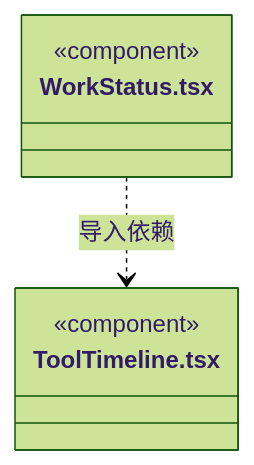
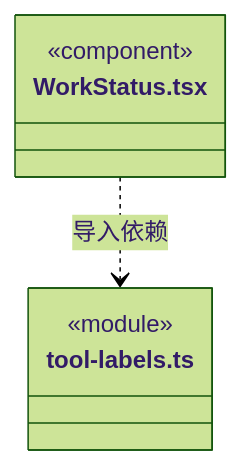
Before and after one commit to nan023062/cbim: diagram 23 of 23 in src/view/execution-view/ARCHITECTURE.md, drawn with Mermaid (forest theme). The commit also changed other lines of this file and 112 other files, not shown here.

Commit message:
docs: align source architecture with current declarations and contracts

````diff
--- a/src/view/execution-view/ARCHITECTURE.md
+++ b/src/view/execution-view/ARCHITECTURE.md
@@ -440,10 +437,10 @@
 ```mermaid
 classDiagram
 class N_src_view_execution_view_WorkStatus_tsx["WorkStatus.tsx"] {
   <<component>>
 }
-class N_src_view_execution_view_ToolTimeline_tsx["ToolTimeline.tsx"] {
-  <<component>>
+class N_src_view_execution_view_tool_labels_ts["tool-labels.ts"] {
+  <<module>>
 }
-N_src_view_execution_view_WorkStatus_tsx ..> N_src_view_execution_view_ToolTimeline_tsx : 导入依赖
+N_src_view_execution_view_WorkStatus_tsx ..> N_src_view_execution_view_tool_labels_ts : 导入依赖
 ```
````
